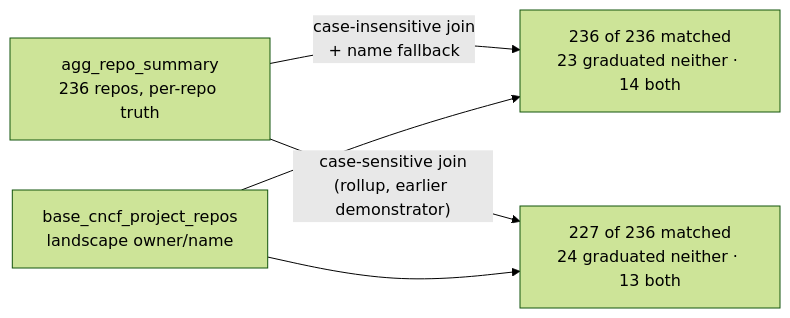
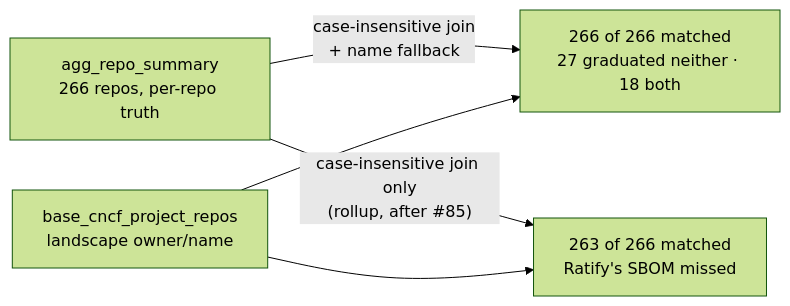
Before and after one commit to halcyondude/supply-chain-security-collector: the first of 2 diagrams in docs/state-of-the-ecosystem.md, drawn with Mermaid (forest theme). The commit also changed other lines of this file, not shown here.

````diff
--- a/docs/state-of-the-ecosystem.md
+++ b/docs/state-of-the-ecosystem.md
@@ -108,9 +127,9 @@
 ```mermaid
 flowchart LR
-    RS["agg_repo_summary<br/>236 repos, per-repo truth"]
+    RS["agg_repo_summary<br/>266 repos, per-repo truth"]
     PR["base_cncf_project_repos<br/>landscape owner/name"]
-    RS -->|"case-insensitive join<br/>+ name fallback"| OK["236 of 236 matched<br/>23 graduated neither · 14 both"]
-    RS -->|"case-sensitive join<br/>(rollup, earlier demonstrator)"| BAD["227 of 236 matched<br/>24 graduated neither · 13 both"]
+    RS -->|"case-insensitive join<br/>+ name fallback"| OK["266 of 266 matched<br/>27 graduated neither · 18 both"]
+    RS -->|"case-insensitive join only<br/>(rollup, after #85)"| GAP["263 of 266 matched<br/>Ratify's SBOM missed"]
     PR --> OK
-    PR --> BAD
+    PR --> GAP
 ```
````
